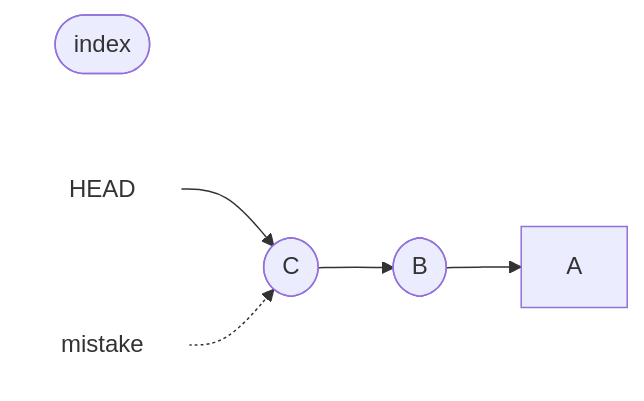
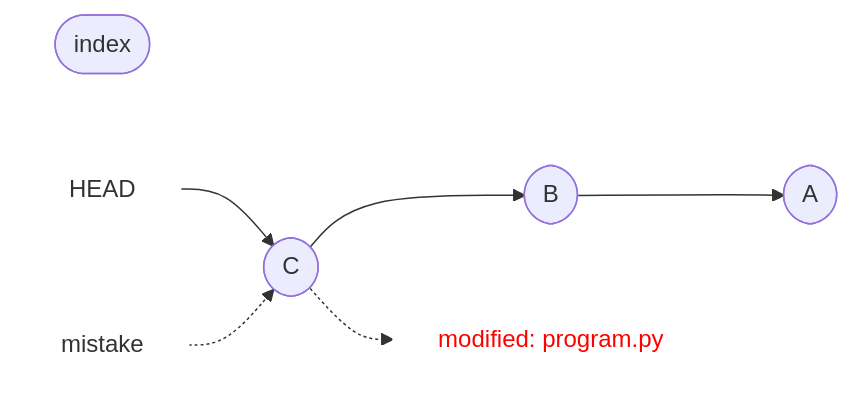
Before and after one commit to hpc2n/course-intro-git: the eighth of 11 diagrams in docs/commits.md, drawn with Mermaid.

Commit message:
Trying to fix the mermaid diagram

````diff
--- a/docs/commits.md
+++ b/docs/commits.md
@@ -974,18 +974,23 @@
 ```mermaid
 graph LR
 
   index(["index"])
 
+  A(["A"])
   C(["C"])
   B(["B"])
   C --> B
   B --> A
   
   head["HEAD"]
   style head fill:#ffffff,stroke:#ffffff
   head --> C
 
   amistake["mistake"]
   style amistake fill:#ffffff,stroke:#ffffff
   amistake -.-> C 
+
+  file2["modified: program.py"]
+  style file2 fill:#ffffff,stroke:#ffffff,color:#ff0000
+  C -.-> file2
 ```
````
